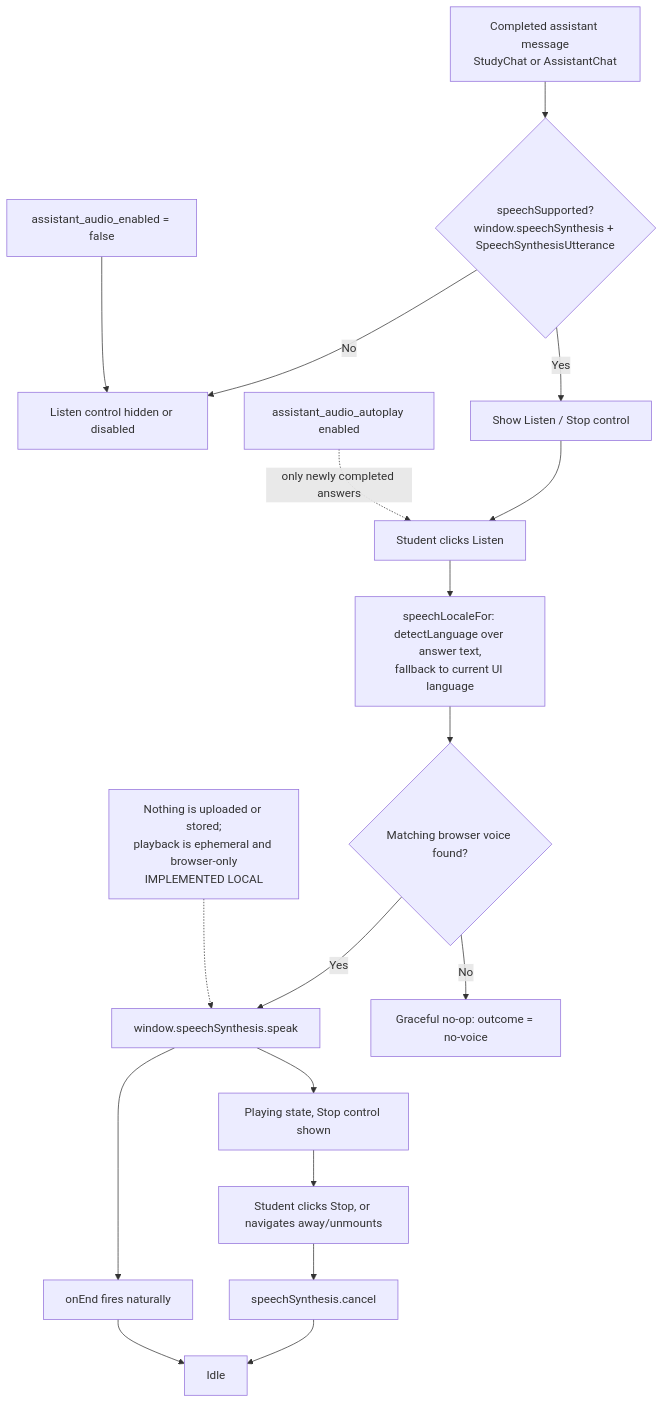
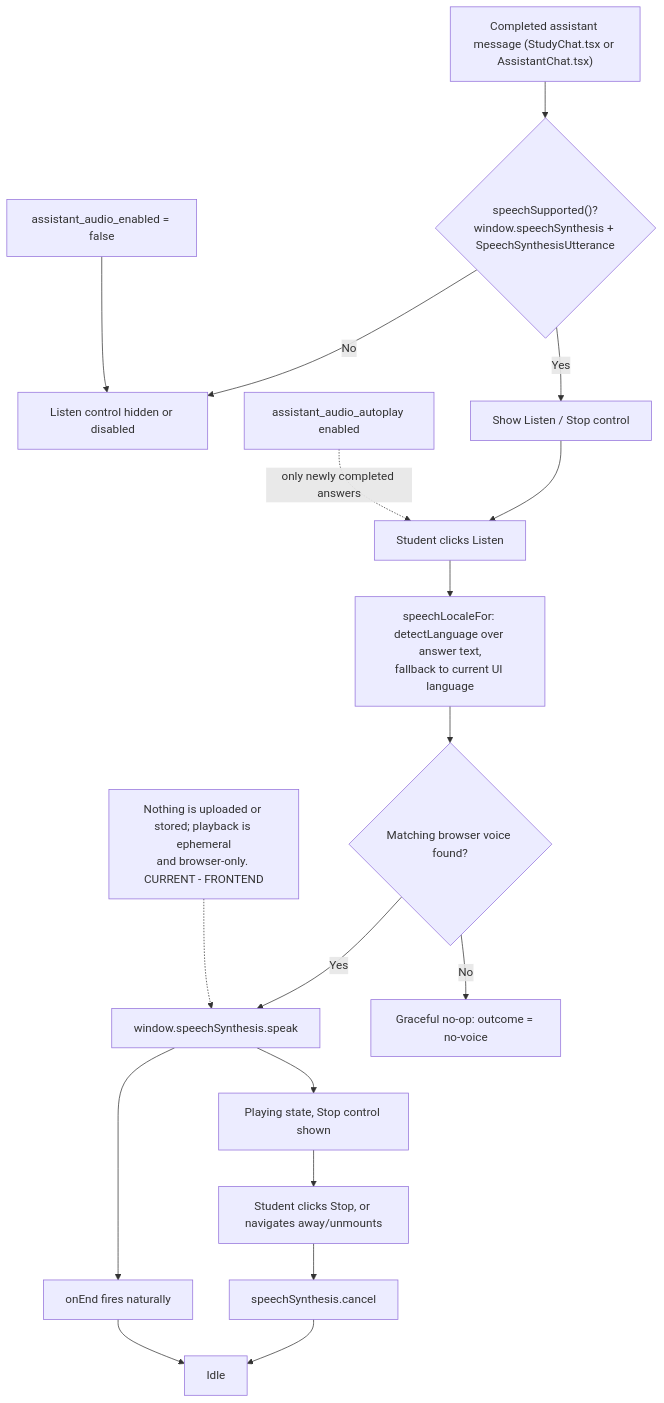
Before and after one commit to keyshavmor/study-swiss-star: the diagram in docs/wireframes/19-read-aloud.mmd, drawn with Mermaid. The commit also changed 91 other files, not shown here.

```diff
--- a/docs/wireframes/19-read-aloud.mmd
+++ b/docs/wireframes/19-read-aloud.mmd
@@ -1,18 +1,19 @@
+%% Listen/Stop read-aloud (lib/speech.ts), used in StudyChat.tsx and AssistantChat.tsx.
 flowchart TD
-  Message[Completed assistant message\nStudyChat or AssistantChat] --> Support{speechSupported?\nwindow.speechSynthesis + SpeechSynthesisUtterance}
-  Support -->|No| Hidden[Listen control hidden or disabled]
-  Support -->|Yes| Button[Show Listen / Stop control]
-  Button --> Click[Student clicks Listen]
-  Click --> Locale[speechLocaleFor: detectLanguage over answer text,\nfallback to current UI language]
-  Locale --> VoiceMatch{Matching browser voice found?}
-  VoiceMatch -->|Yes| Speak[window.speechSynthesis.speak]
-  VoiceMatch -->|No| Degrade[Graceful no-op: outcome = no-voice]
-  Speak --> Playing[Playing state, Stop control shown]
-  Playing --> StopClick[Student clicks Stop, or navigates away/unmounts]
-  StopClick --> Cancel[speechSynthesis.cancel]
-  Cancel --> Idle[Idle]
-  Speak --> End[onEnd fires naturally]
+  Message["Completed assistant message (StudyChat.tsx or AssistantChat.tsx)"] --> Support{"speechSupported()?<br/>window.speechSynthesis + SpeechSynthesisUtterance"}
+  Support -->|No| Hidden["Listen control hidden or disabled"]
+  Support -->|Yes| Button["Show Listen / Stop control"]
+  Button --> Click["Student clicks Listen"]
+  Click --> Locale["speechLocaleFor: detectLanguage over answer text,<br/>fallback to current UI language"]
+  Locale --> VoiceMatch{"Matching browser voice found?"}
+  VoiceMatch -->|Yes| Speak["window.speechSynthesis.speak"]
+  VoiceMatch -->|No| Degrade["Graceful no-op: outcome = no-voice"]
+  Speak --> Playing["Playing state, Stop control shown"]
+  Playing --> StopClick["Student clicks Stop, or navigates away/unmounts"]
+  StopClick --> Cancel["speechSynthesis.cancel"]
+  Cancel --> Idle["Idle"]
+  Speak --> End["onEnd fires naturally"]
   End --> Idle
-  Autoplay[assistant_audio_autoplay enabled] -. only newly completed answers .-> Click
-  AudioOff[assistant_audio_enabled = false] --> Hidden
-  Note1[Nothing is uploaded or stored;\nplayback is ephemeral and browser-only\nIMPLEMENTED LOCAL] -.-> Speak
+  Autoplay["assistant_audio_autoplay enabled"] -. only newly completed answers .-> Click
+  AudioOff["assistant_audio_enabled = false"] --> Hidden
+  Note1["Nothing is uploaded or stored; playback is ephemeral<br/>and browser-only. CURRENT - FRONTEND"] -.-> Speak
```
